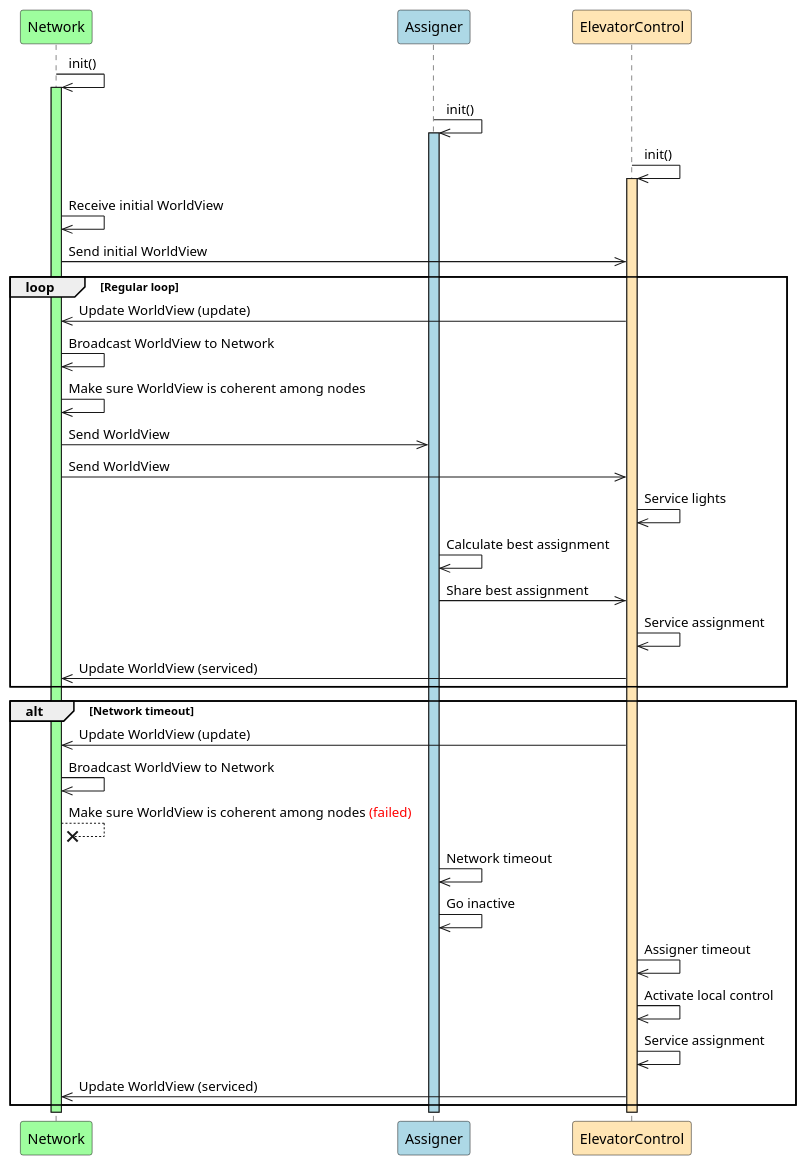
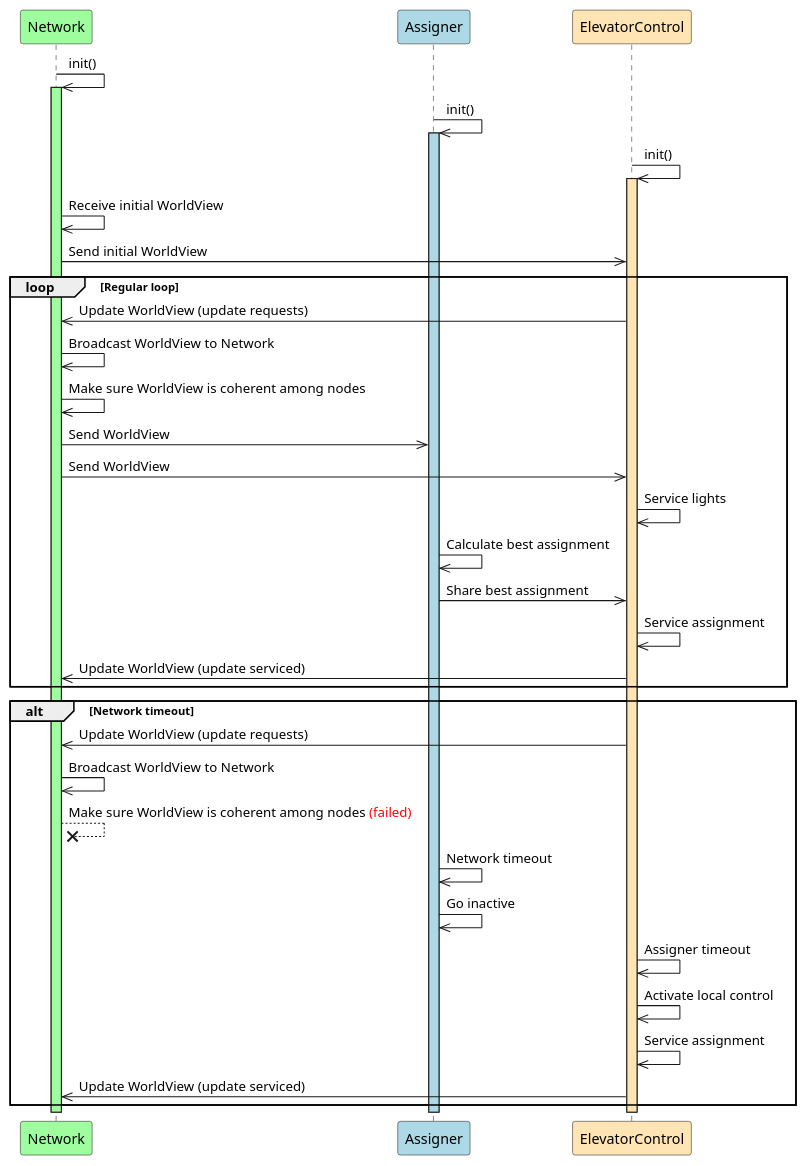
Before and after one commit to Lucas-Vo/heislab2: the diagram in UML/diagrams/thread_handle_request_sequence_diagram.puml, drawn with PlantUML. The commit also changed 4 other files, not shown here.

```diff
--- a/UML/diagrams/thread_handle_request_sequence_diagram.puml
+++ b/UML/diagrams/thread_handle_request_sequence_diagram.puml
@@ -1,46 +1,46 @@
 @startuml Thread Handle Request Sequence Diagram
     participant Network #9efe9eff
     participant Assigner #LightBlue
     participant ElevatorControl #FFE5B4
 
     Network->>Network:init()
     activate Network #9efe9eff
     Assigner->>Assigner:init()
     activate Assigner #LightBlue
     ElevatorControl->>ElevatorControl:init() 
     activate ElevatorControl #FFE5B4
     Network->>Network: Receive initial WorldView
     Network->>ElevatorControl: Send initial WorldView
 
     loop Regular loop
-    ElevatorControl->>Network: Update WorldView (update)
+    ElevatorControl->>Network: Update WorldView (update requests)
     Network->>Network: Broadcast WorldView to Network
     Network->>Network: Make sure WorldView is coherent among nodes
     Network->>Assigner: Send WorldView
     Network->>ElevatorControl: Send WorldView
     ElevatorControl->>ElevatorControl: Service lights
 
     Assigner->>Assigner: Calculate best assignment
     Assigner->>ElevatorControl: Share best assignment
     ElevatorControl->>ElevatorControl: Service assignment
-    ElevatorControl->>Network: Update WorldView (serviced)
+    ElevatorControl->>Network: Update WorldView (update serviced)
     end
 
     alt Network timeout
-    ElevatorControl->>Network: Update WorldView (update)
+    ElevatorControl->>Network: Update WorldView (update requests)
     Network->>Network: Broadcast WorldView to Network 
     Network--x Network: Make sure WorldView is coherent among nodes <color:red>(failed)</color>
 
 
     Assigner->>Assigner: Network timeout
     Assigner->>Assigner: Go inactive
     ElevatorControl->>ElevatorControl: Assigner timeout
     ElevatorControl->>ElevatorControl: Activate local control
     ElevatorControl->>ElevatorControl: Service assignment
-    ElevatorControl->>Network: Update WorldView (serviced)
+    ElevatorControl->>Network: Update WorldView (update serviced)
     end
 
     deactivate Network
     deactivate Assigner
     deactivate ElevatorControl
 @enduml
```
